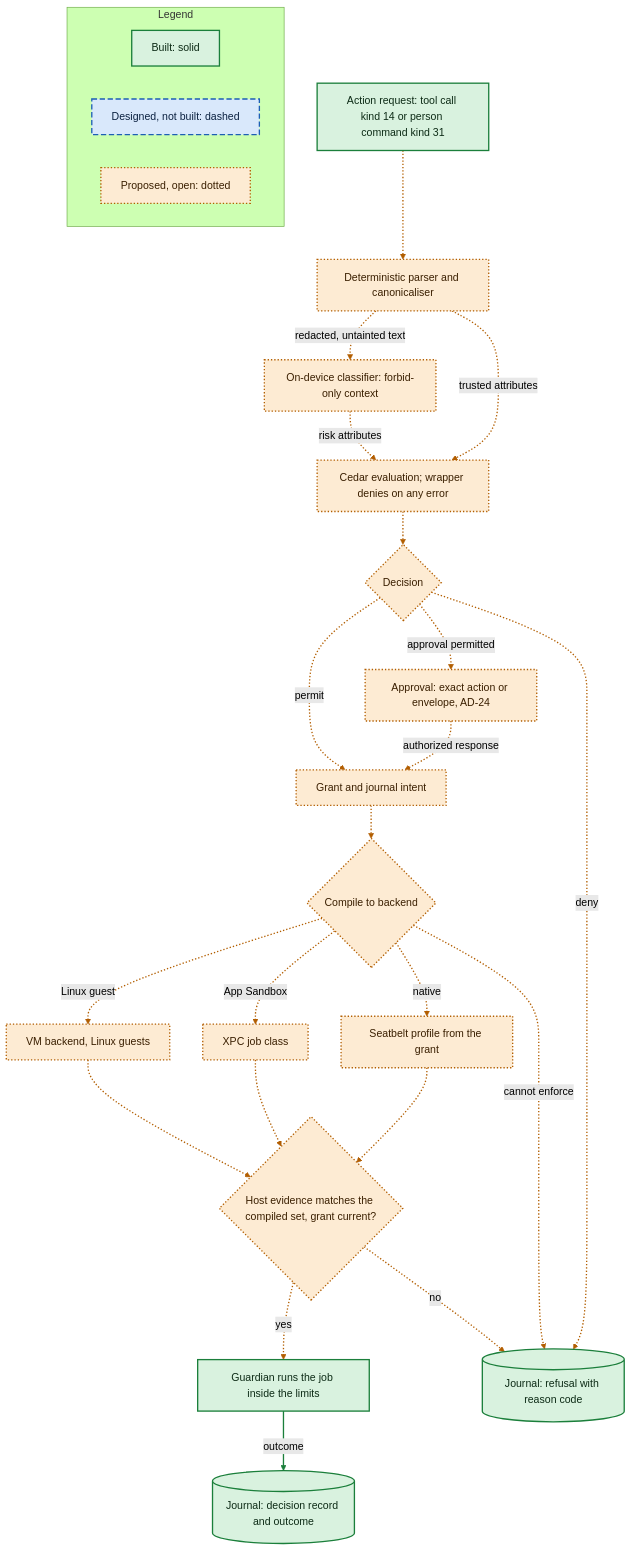
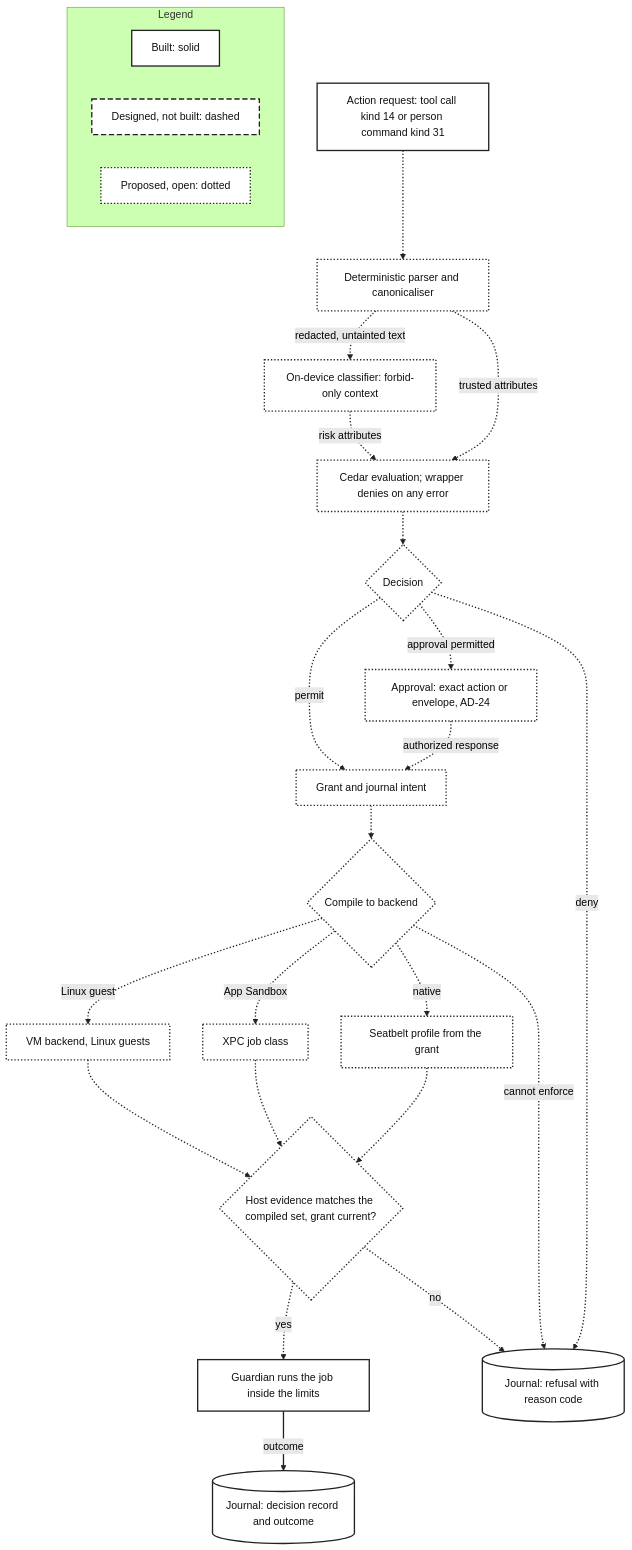
One commit to pidster/asura changed the fifth of 7 diagrams in docs/designs/architecture-overview.md. Above: the diagram before and after it, drawn with Mermaid (forest theme). The commit also changed other lines of this file, not shown here.

First line of the commit message:
Draw the overview diagrams in line styles only, without colour

````diff
--- a/docs/designs/architecture-overview.md
+++ b/docs/designs/architecture-overview.md
@@ -361,49 +360,49 @@
 ```mermaid
 flowchart TB
     Req["Action request: tool call kind 14 or person command kind 31"]:::built
     Parse["Deterministic parser and canonicaliser"]:::proposed
     Clf["On-device classifier: forbid-only context"]:::proposed
     Ced["Cedar evaluation; wrapper denies on any error"]:::proposed
     Dec{"Decision"}:::proposed
     Appr["Approval: exact action or envelope, AD-24"]:::proposed
     Grant["Grant and journal intent"]:::proposed
     Comp{"Compile to backend"}:::proposed
     SBc["Seatbelt profile from the grant"]:::proposed
     XPC["XPC job class"]:::proposed
     VMb["VM backend, Linux guests"]:::proposed
     Ev{"Host evidence matches the compiled set, grant current?"}:::proposed
     Run["Guardian runs the job inside the limits"]:::built
     Ref[("Journal: refusal with reason code")]:::built
     Jn[("Journal: decision record and outcome")]:::built
     Run -->|"outcome"| Jn
     Req --> Parse
     Parse -->|"redacted, untainted text"| Clf
     Parse -->|"trusted attributes"| Ced
     Clf -->|"risk attributes"| Ced
     Ced --> Dec
     Dec -->|"deny"| Ref
     Dec -->|"approval permitted"| Appr
     Appr -->|"authorized response"| Grant
     Dec -->|"permit"| Grant
     Grant --> Comp
     Comp -->|"native"| SBc
     Comp -->|"App Sandbox"| XPC
     Comp -->|"Linux guest"| VMb
     Comp -->|"cannot enforce"| Ref
     SBc --> Ev
     XPC --> Ev
     VMb --> Ev
     Ev -->|"yes"| Run
     Ev -->|"no"| Ref
     subgraph Legend["Legend"]
         direction LR
         LB["Built: solid"]:::built
         LD["Designed, not built: dashed"]:::designed
         LP["Proposed, open: dotted"]:::proposed
     end
-    classDef built fill:#d9f2df,stroke:#1b7f3b,stroke-width:2px,color:#0d2b16
-    classDef designed fill:#d9e8fb,stroke:#1d5fb4,stroke-width:2px,stroke-dasharray:8 4,color:#0b2140
-    classDef proposed fill:#fdebd3,stroke:#b25e00,stroke-width:2px,stroke-dasharray:2 3,color:#3a1f00
-    linkStyle 0 stroke:#1b7f3b,stroke-width:2px
-    linkStyle 1,2,3,4,5,6,7,8,9,10,11,12,13,14,15,16,17,18,19 stroke:#b25e00,stroke-width:2px,stroke-dasharray:2 3
+    classDef built fill:#ffffff,stroke:#222222,stroke-width:2px,color:#111111
+    classDef designed fill:#ffffff,stroke:#222222,stroke-width:2px,stroke-dasharray:8 4,color:#111111
+    classDef proposed fill:#ffffff,stroke:#222222,stroke-width:2px,stroke-dasharray:2 3,color:#111111
+    linkStyle 0 stroke:#222222,stroke-width:2px
+    linkStyle 1,2,3,4,5,6,7,8,9,10,11,12,13,14,15,16,17,18,19 stroke:#222222,stroke-width:2px,stroke-dasharray:2 3
 ```
````
